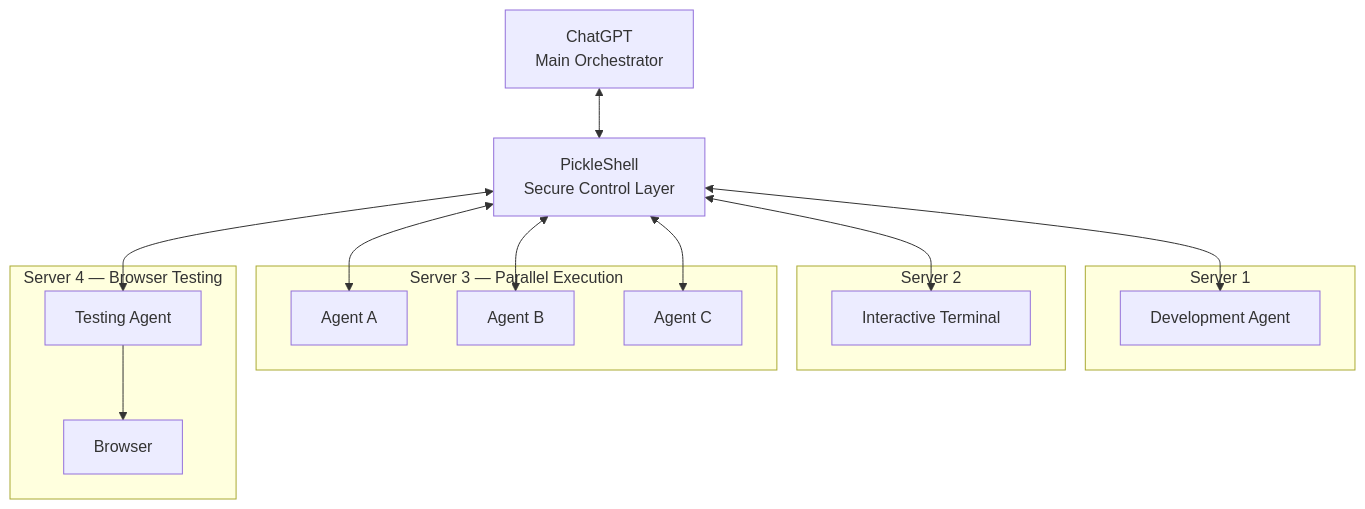
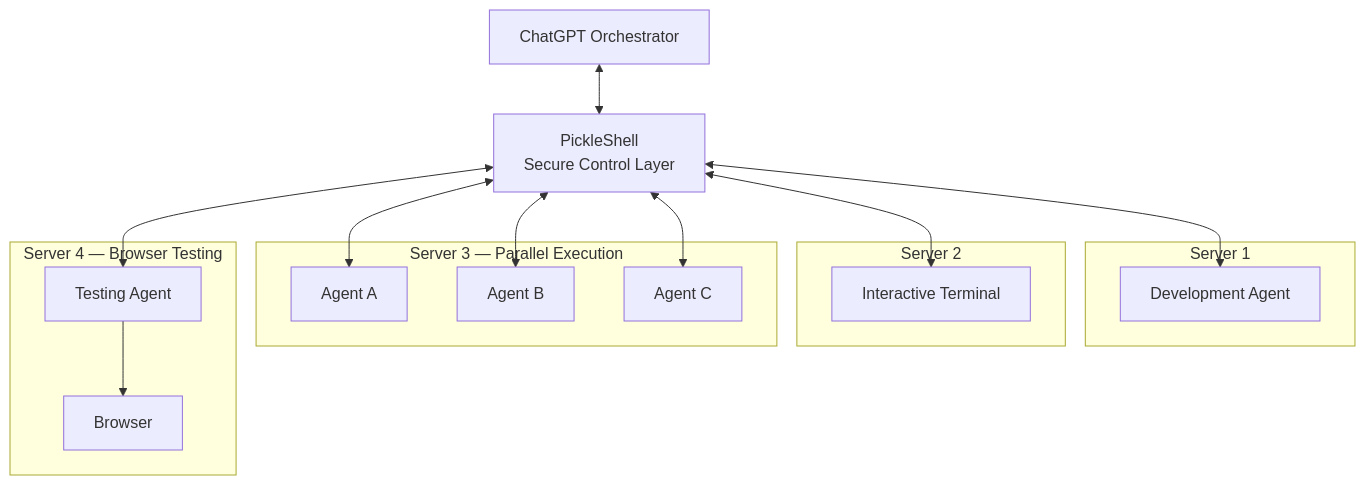
One commit to pickleshell/pickleshell changed the second of 3 diagrams in README.md. Above: the diagram before and after it, drawn with Mermaid.

Commit message:
docs: simplify orchestrator label

````diff
--- a/README.md
+++ b/README.md
@@ -170,34 +170,34 @@
 ```mermaid
 flowchart TB
-    C["ChatGPT<br/>Main Orchestrator"]
+    C["ChatGPT Orchestrator"]
     P["PickleShell<br/>Secure Control Layer"]
 
     C <--> P
 
     subgraph S1["Server 1"]
         A1["Development Agent"]
     end
 
     subgraph S2["Server 2"]
         T["Interactive Terminal"]
     end
 
     subgraph S3["Server 3 — Parallel Execution"]
         A2["Agent A"]
         A3["Agent B"]
         A4["Agent C"]
     end
 
     subgraph S4["Server 4 — Browser Testing"]
         A5["Testing Agent"]
         B["Browser"]
         A5 --> B
     end
 
     P <--> A1
     P <--> T
     P <--> A2
     P <--> A3
     P <--> A4
     P <--> A5
 ```
````
